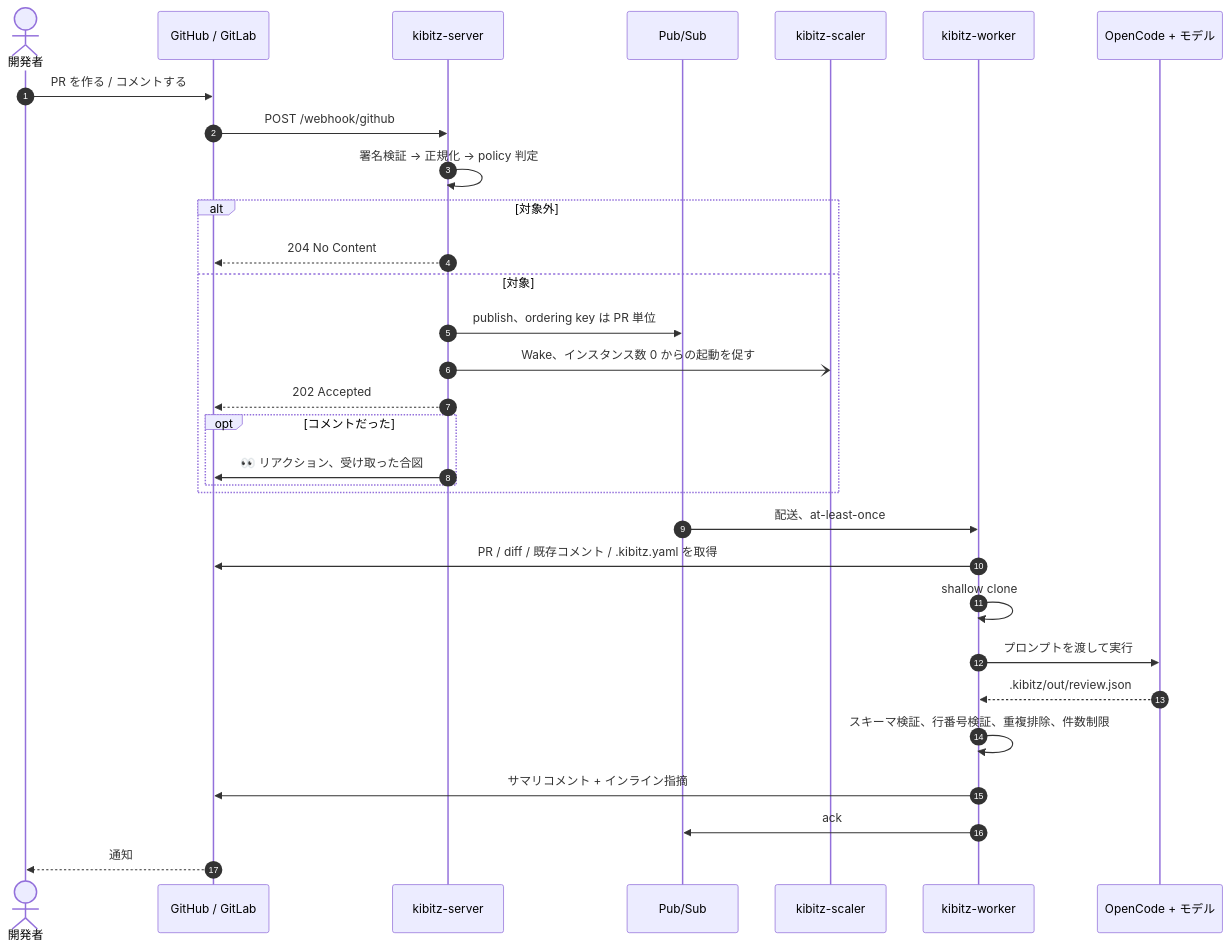
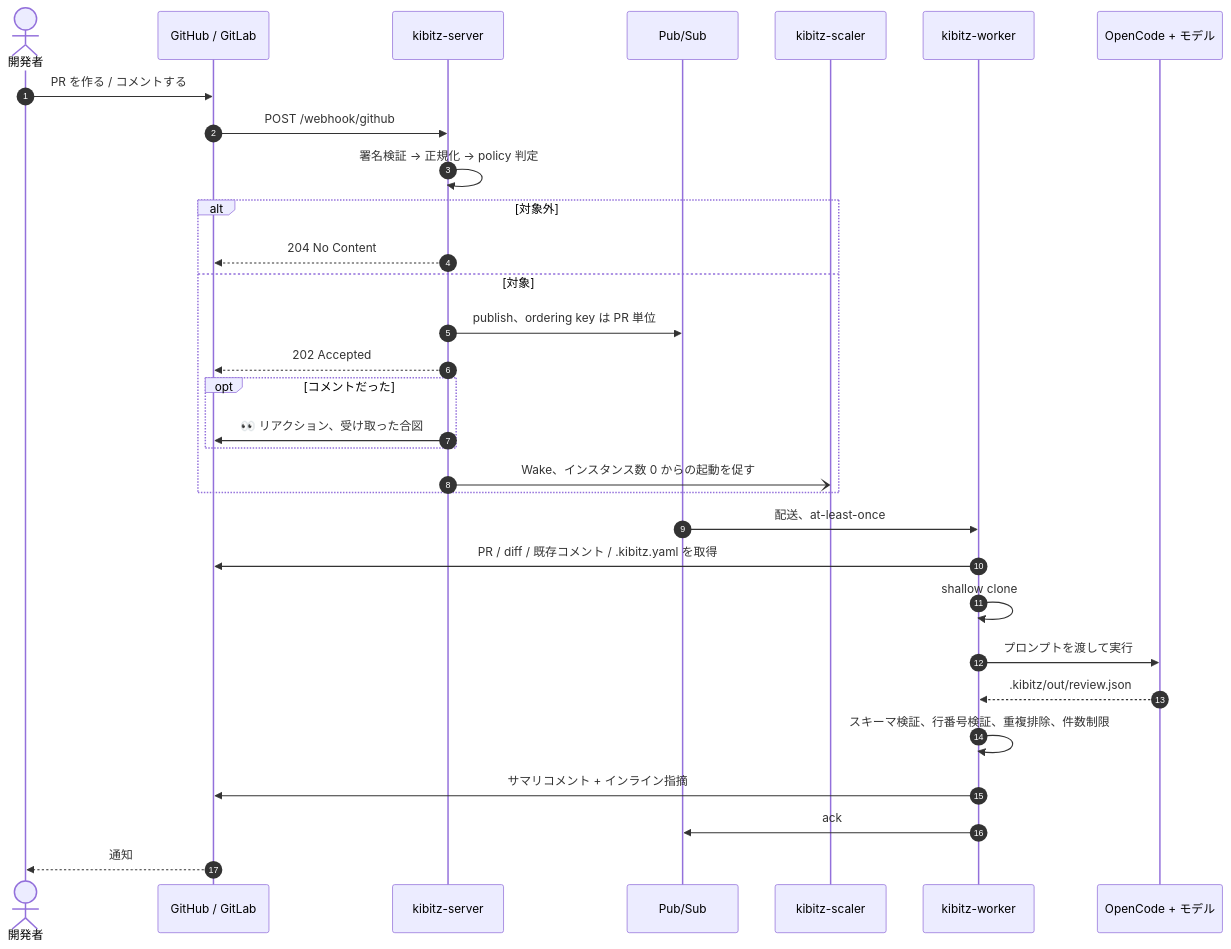
The first of 8 diagrams in docs/review-flow.md (yteraoka/kibitz), drawn with Mermaid before and after one commit. The commit also changed other lines of this file and 7 other files, not shown here.

````diff
--- a/docs/review-flow.md
+++ b/docs/review-flow.md
@@ -18,35 +18,35 @@
 ```mermaid
 sequenceDiagram
     autonumber
     actor Dev as 開発者
     participant Forge as GitHub / GitLab
     participant Server as kibitz-server
     participant Queue as Pub/Sub
     participant Scaler as kibitz-scaler
     participant Worker as kibitz-worker
     participant Agent as OpenCode + モデル
 
     Dev->>Forge: PR を作る / コメントする
     Forge->>Server: POST /webhook/github
     Server->>Server: 署名検証 → 正規化 → policy 判定
     alt 対象外
         Server-->>Forge: 204 No Content
     else 対象
         Server->>Queue: publish、ordering key は PR 単位
-        Server-)Scaler: Wake、インスタンス数 0 からの起動を促す
         Server-->>Forge: 202 Accepted
         opt コメントだった
             Server->>Forge: 👀 リアクション、受け取った合図
         end
+        Server-)Scaler: Wake、インスタンス数 0 からの起動を促す
     end
 
     Queue->>Worker: 配送、at-least-once
     Worker->>Forge: PR / diff / 既存コメント / .kibitz.yaml を取得
     Worker->>Worker: shallow clone
     Worker->>Agent: プロンプトを渡して実行
     Agent-->>Worker: .kibitz/out/review.json
     Worker->>Worker: スキーマ検証、行番号検証、重複排除、件数制限
     Worker->>Forge: サマリコメント + インライン指摘
     Worker->>Queue: ack
     Forge-->>Dev: 通知
 ```
````
